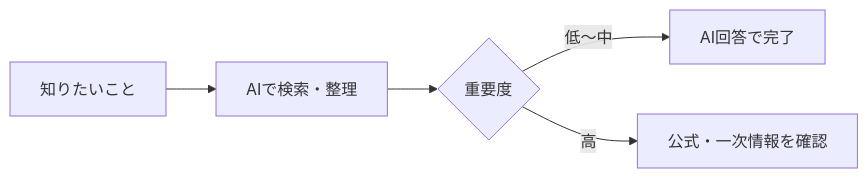
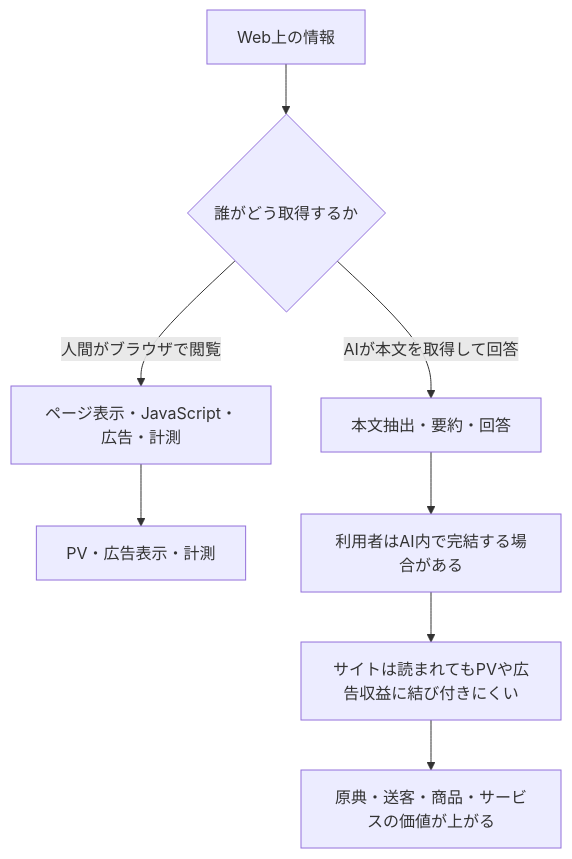
The first of 4 diagrams in content/31_Research/AI時代のWeb閲覧・広告収益・個人サイト戦略についての整理.md (fukkamaru/digital-garden), drawn with Mermaid before and after one commit. The commit also changed other lines of this file and 319 other files, not shown here.

````diff
--- a/content/31_Research/AI時代のWeb閲覧・広告収益・個人サイト戦略についての整理.md
+++ b/content/31_Research/AI時代のWeb閲覧・広告収益・個人サイト戦略についての整理.md
@@ -304,7 +21,10 @@
 ```mermaid
-flowchart LR
-    A[知りたいこと] --> B[AIで検索・整理]
-    B --> C{重要度}
-    C -->|低〜中| D[AI回答で完了]
-    C -->|高| E[公式・一次情報を確認]
+flowchart TD
+    A[Web上の情報] --> B{誰がどう取得するか}
+    B -->|人間がブラウザで閲覧| C[ページ表示・JavaScript・広告・計測]
+    B -->|AIが本文を取得して回答| D[本文抽出・要約・回答]
+    C --> E[PV・広告表示・計測]
+    D --> F[利用者はAI内で完結する場合がある]
+    F --> G[サイトは読まれてもPVや広告収益に結び付きにくい]
+    G --> H[原典・送客・商品・サービスの価値が上がる]
 ```
````
